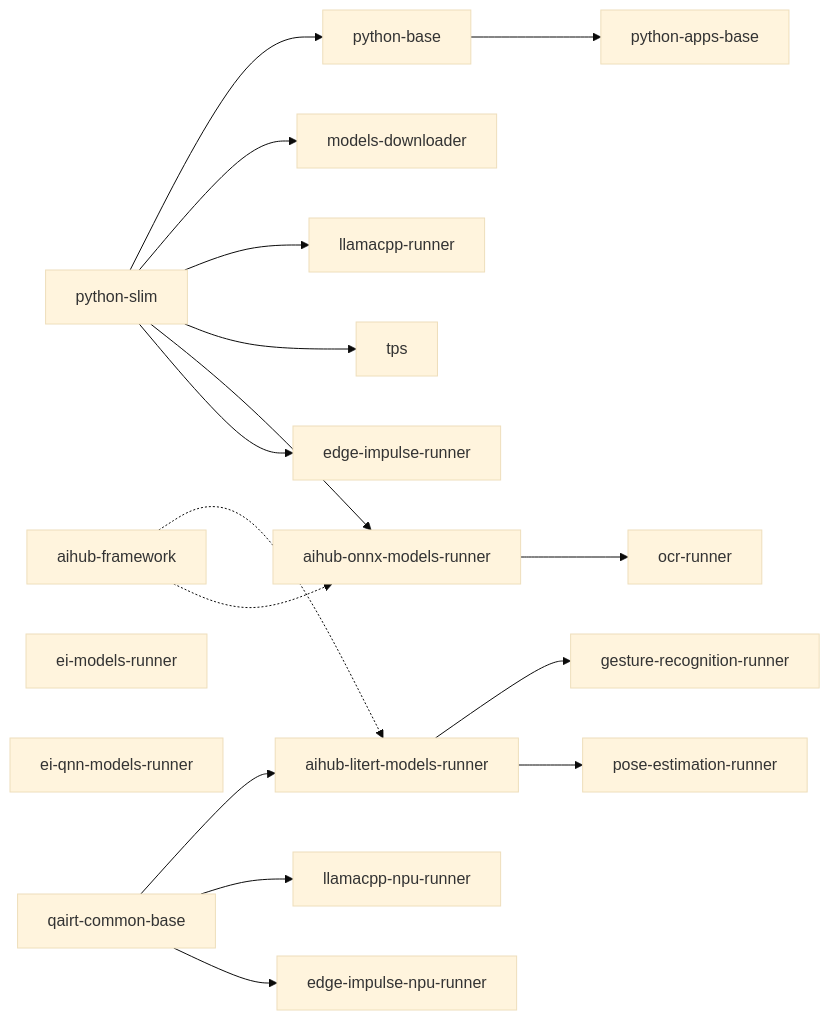
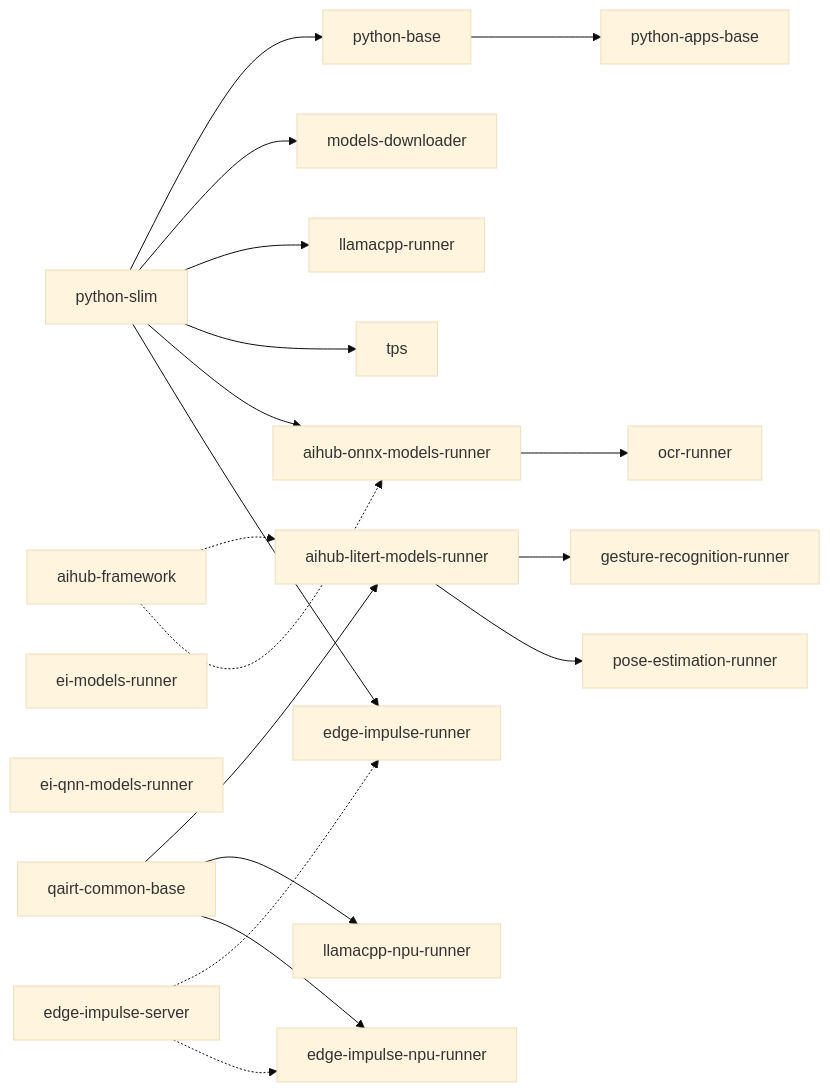
The diagram in containers/README.md (arduino/app-bricks-py), drawn with Mermaid (base theme) before and after one commit. The commit also changed other lines of this file and 38 other files, not shown here.

Commit message:
build(containers): stop publishing layer images and share the Edge Impulse server as a layer (#633)

````diff
--- a/containers/README.md
+++ b/containers/README.md
@@ -46,17 +47,19 @@
 ```mermaid
 graph LR
   slim[python-slim] --> base[python-base] --> apps[python-apps-base]
   slim --> dl[models-downloader]
   slim --> lcpp[llamacpp-runner]
   qairt[qairt-common-base] --> aihub[aihub-litert-models-runner] --> gesture[gesture-recognition-runner]
   aihub --> pose[pose-estimation-runner]
   qairt --> lcppnpu[llamacpp-npu-runner]
   ei[ei-models-runner]
   eiqnn[ei-qnn-models-runner]
   slim --> tps[tps]
   slim --> aihubonnx[aihub-onnx-models-runner] --> ocr[ocr-runner]
   fw[aihub-framework] -.-> aihub
   fw -.-> aihubonnx
   slim --> edgeimpulserunner[edge-impulse-runner]
   qairt --> edgeimpulsenpurunner[edge-impulse-npu-runner]
+  eis[edge-impulse-server] -.-> edgeimpulserunner
+  eis -.-> edgeimpulsenpurunner
 ```
````
